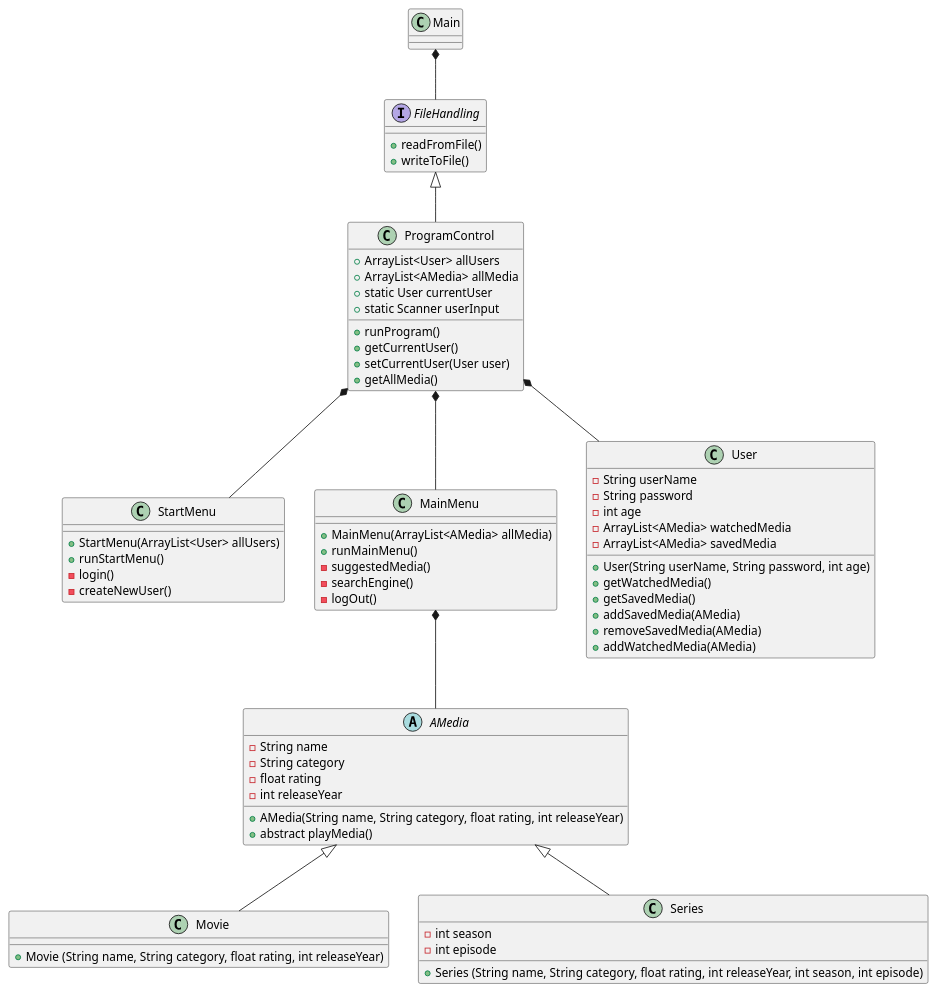
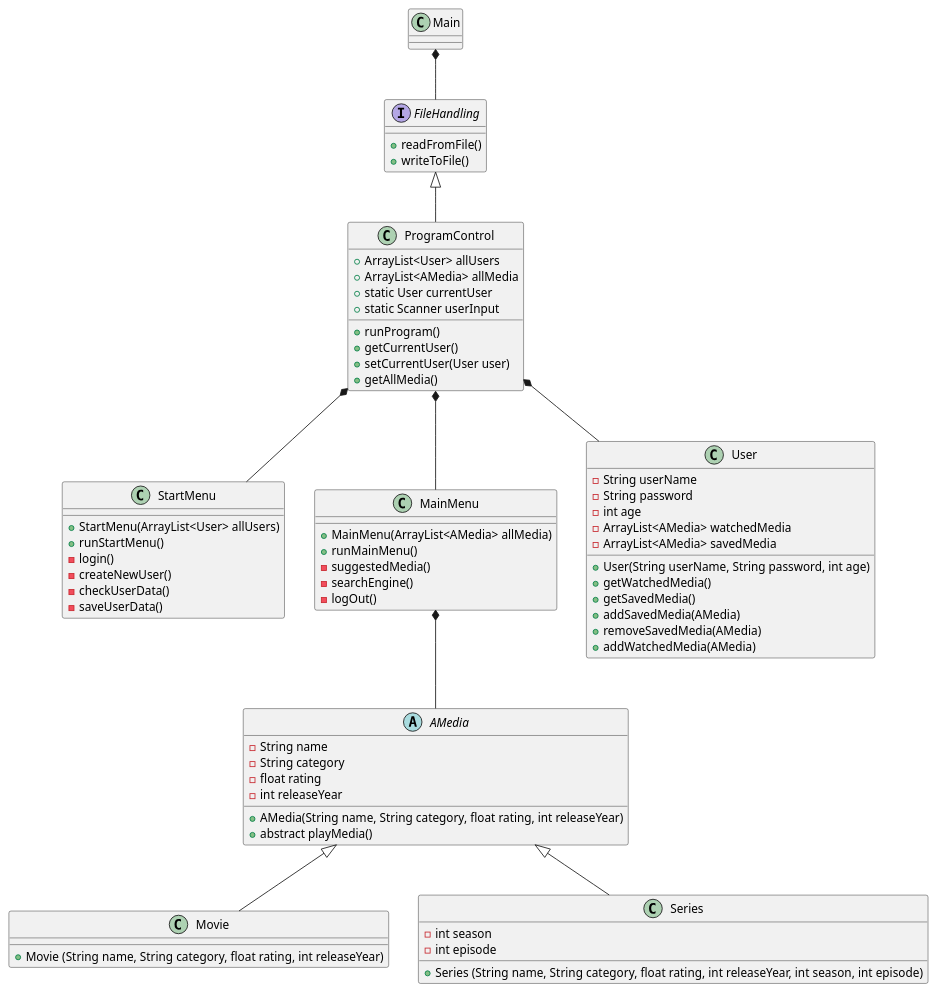
The diagram in Design/Streamingservice design.puml (MrJustMeDahl/SP3---Streamingtjeneste), drawn with PlantUML before and after one commit. The commit also changed 1 other file, not shown here.

```diff
--- a/Design/Streamingservice design.puml
+++ b/Design/Streamingservice design.puml
@@ -1,77 +1,79 @@
 @startuml
 class Main
 Main *-- FileHandling
 FileHandling <|-- ProgramControl
 ProgramControl *-- StartMenu
 ProgramControl *-- MainMenu
 ProgramControl *-- User
 
 MainMenu *-- AMedia
 AMedia <|-- Movie
 AMedia <|-- Series
 
 class ProgramControl{
 + ArrayList<User> allUsers
 + ArrayList<AMedia> allMedia
 + static User currentUser
 + static Scanner userInput
 + runProgram()
 + getCurrentUser()
 + setCurrentUser(User user)
 + getAllMedia()
 }
 
 class StartMenu{
 + StartMenu(ArrayList<User> allUsers)
 + runStartMenu()
 - login()
 - createNewUser()
+- checkUserData()
+- saveUserData()
 }
 
 class MainMenu{
 + MainMenu(ArrayList<AMedia> allMedia)
 + runMainMenu()
 - suggestedMedia()
 - searchEngine()
 - logOut()
 }
 
 abstract class AMedia{
 - String name
 - String category
 - float rating
 - int releaseYear
 + AMedia(String name, String category, float rating, int releaseYear)
 + abstract playMedia()
 }
 
 class Movie{
 + Movie (String name, String category, float rating, int releaseYear)
 }
 
 class Series{
 - int season
 - int episode
 + Series (String name, String category, float rating, int releaseYear, int season, int episode)
 }
 
 class User{
 - String userName
 - String password
 - int age
 - ArrayList<AMedia> watchedMedia
 - ArrayList<AMedia> savedMedia
 + User(String userName, String password, int age)
 + getWatchedMedia()
 + getSavedMedia()
 + addSavedMedia(AMedia)
 + removeSavedMedia(AMedia)
 + addWatchedMedia(AMedia)
 }
 
 interface FileHandling{
 + readFromFile()
 + writeToFile()
 }
 
 @enduml
```
